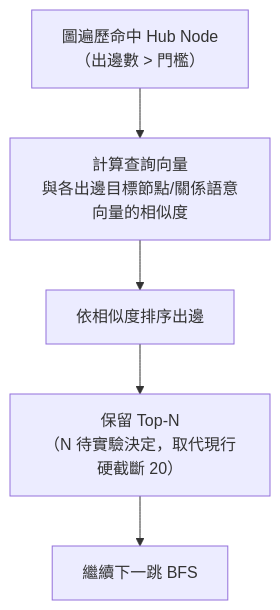
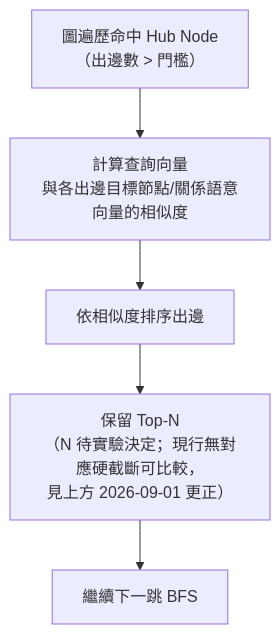
One commit to Chester930/world-knowledge-graph-rag changed diagram 18 of 18 in docs/論文/03_系統設計與方法論.md. Above: the diagram before and after it, drawn with Mermaid. The commit also changed other lines of this file and 3 other files, not shown here.

````diff
--- a/docs/論文/03_系統設計與方法論.md
+++ b/docs/論文/03_系統設計與方法論.md
@@ -1015,7 +1014,7 @@
 ```mermaid
 flowchart TD
     NODE["圖遍歷命中 Hub Node<br/>（出邊數 > 門檻）"] --> QVEC["計算查詢向量<br/>與各出邊目標節點/關係語意向量的相似度"]
     QVEC --> RANK3["依相似度排序出邊"]
-    RANK3 --> TOPN["保留 Top-N<br/>（N 待實驗決定，取代現行硬截斷 20）"]
+    RANK3 --> TOPN["保留 Top-N<br/>（N 待實驗決定；現行無對應硬截斷可比較，<br/>見上方 2026-09-01 更正）"]
     TOPN --> CONT["繼續下一跳 BFS"]
 ```
````
